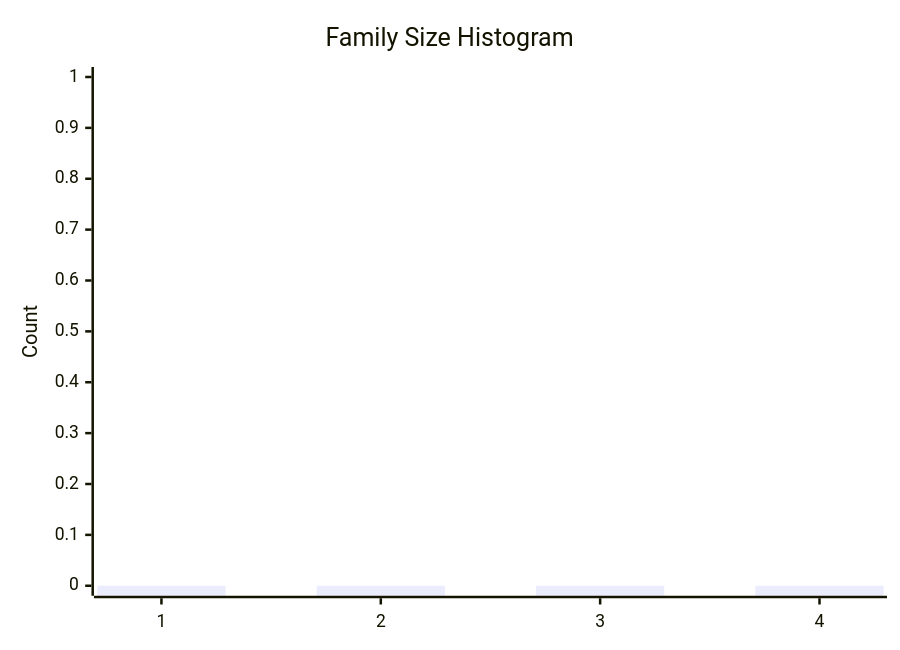
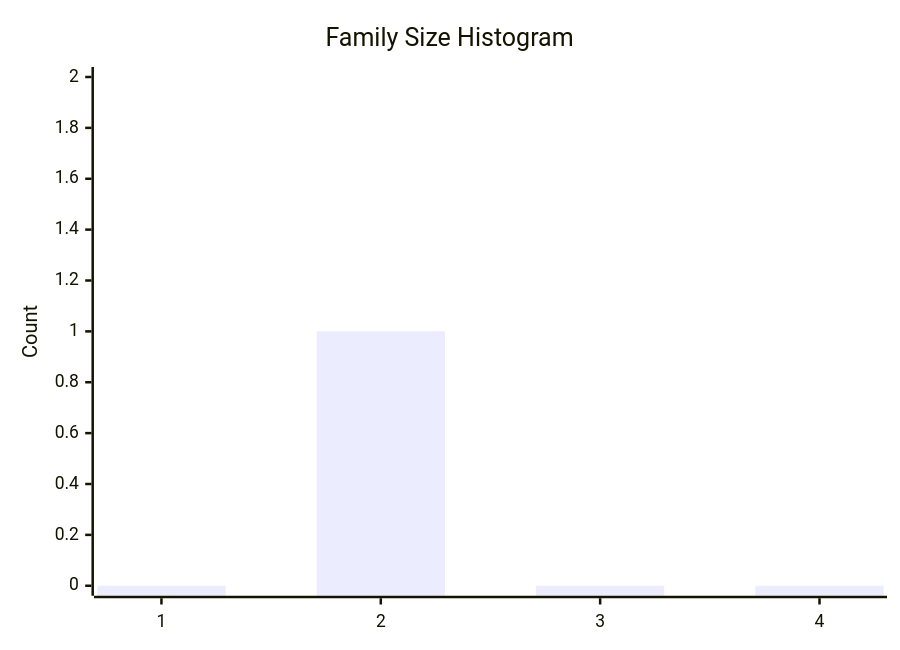
One commit to dhagan-va/intern-2025 changed the fifth of 10 diagrams in test-tools/DataGen/src/Statistics_Visualizer.md. Above: the diagram before and after it, drawn with Mermaid. The commit also changed other lines of this file and 4 other files, not shown here.

````diff
--- a/test-tools/DataGen/src/Statistics_Visualizer.md
+++ b/test-tools/DataGen/src/Statistics_Visualizer.md
@@ -58,7 +58,7 @@
 ```mermaid
 xychart-beta
     title "Family Size Histogram"
     x-axis ["1", "2", "3", "4"]
-    y-axis "Count" 0 --> 1
-    bar [0, 0, 0, 0]
+    y-axis "Count" 0 --> 2
+    bar [0, 1, 0, 0]
 ```
````
